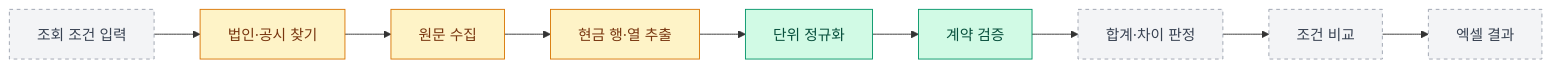
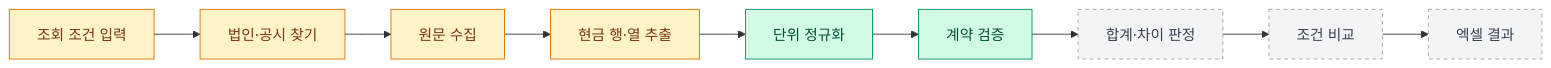
One commit to YUJAEYUN/Dartness changed the diagram in docs/system-status.md. Above: the diagram before and after it, drawn with Mermaid. The commit also changed other lines of this file and 15 other files, not shown here.

````diff
--- a/docs/system-status.md
+++ b/docs/system-status.md
@@ -11,18 +11,18 @@
 ```mermaid
 flowchart LR
     A[조회 조건 입력] --> B[법인·공시 찾기]
     B --> C[원문 수집]
     C --> D[현금 행·열 추출]
     D --> E[단위 정규화]
     E --> F[계약 검증]
     F --> G[합계·차이 판정]
     G --> H[조건 비교]
     H --> I[엑셀 결과]
 
     classDef done fill:#d1fae5,stroke:#059669,color:#064e3b
     classDef partial fill:#fef3c7,stroke:#d97706,color:#78350f
     classDef todo fill:#f3f4f6,stroke:#9ca3af,color:#374151,stroke-dasharray:4
     class E,F done
-    class B,C,D partial
-    class A,G,H,I todo
+    class A,B,C,D partial
+    class G,H,I todo
 ```
````
